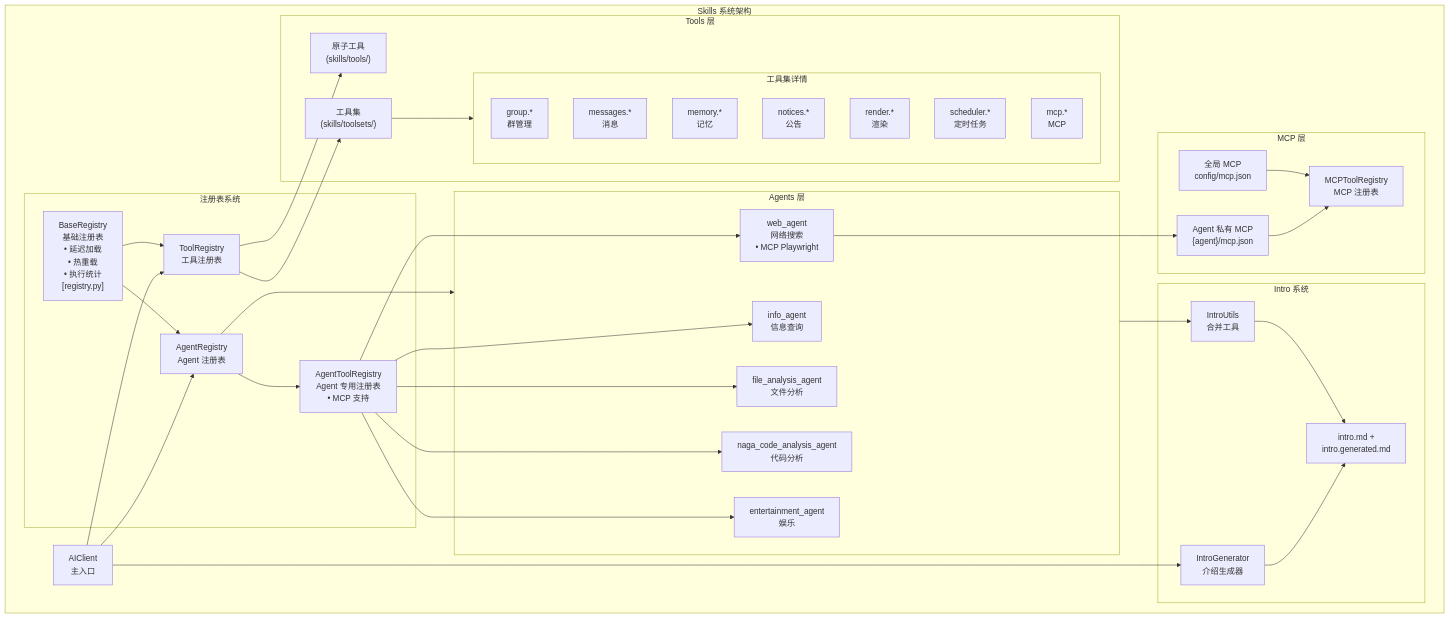
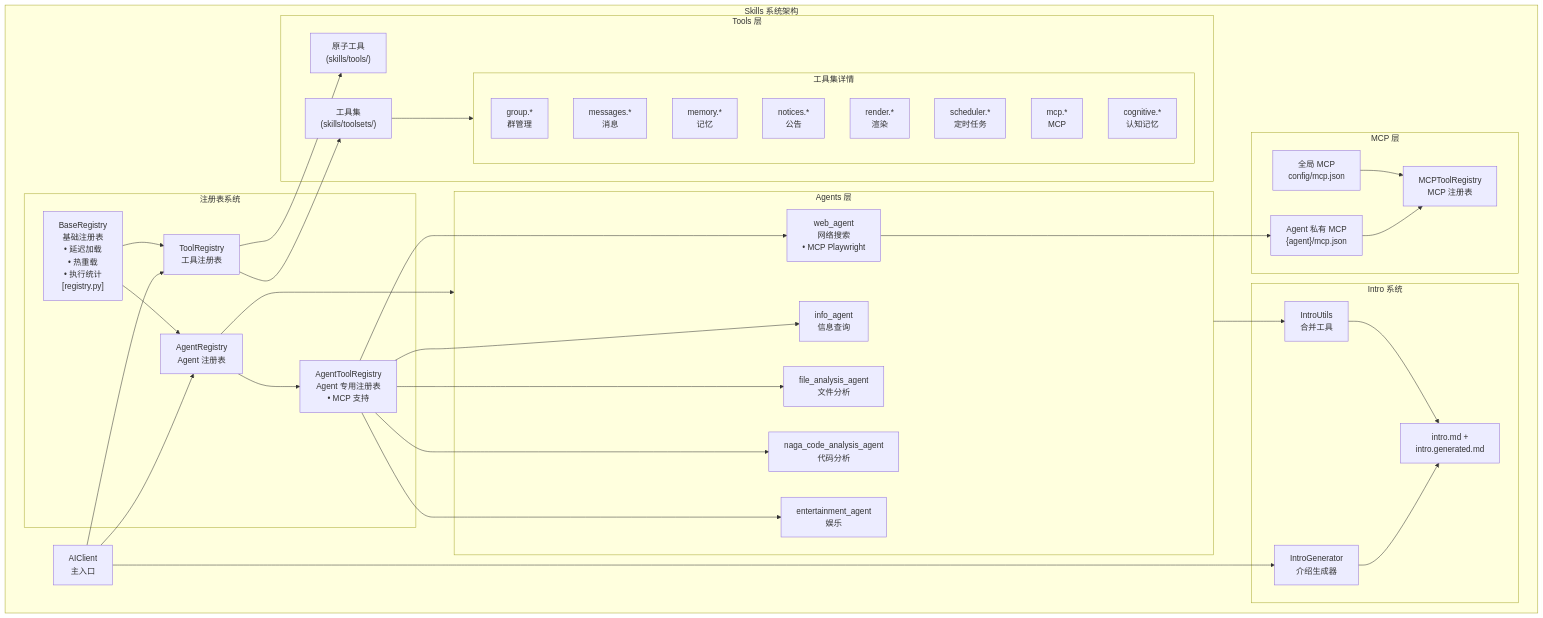
Before and after one commit to 69gg/Undefined: the third of 8 diagrams in ARCHITECTURE.md, drawn with Mermaid. The commit also changed other lines of this file and 29 other files, not shown here.

````diff
--- a/ARCHITECTURE.md
+++ b/ARCHITECTURE.md
@@ -394,75 +395,76 @@
 ```mermaid
 graph TB
     subgraph SkillsArchitecture["Skills 系统架构"]
         AIClient["AIClient<br/>主入口"]
         
         subgraph RegistrySystem["注册表系统"]
             BaseRegistry["BaseRegistry<br/>基础注册表<br/>• 延迟加载<br/>• 热重载<br/>• 执行统计<br/>[registry.py]"]
             ToolRegistry["ToolRegistry<br/>工具注册表"]
             AgentRegistry["AgentRegistry<br/>Agent 注册表"]
             AgentToolReg["AgentToolRegistry<br/>Agent 专用注册表<br/>• MCP 支持"]
         end
         
         subgraph ToolsLayer["Tools 层"]
             AtomicTools["原子工具<br/>(skills/tools/)"]
             Toolsets["工具集<br/>(skills/toolsets/)"]
             
             subgraph ToolsetsDetail["工具集详情"]
                 TGroup["group.*<br/>群管理"]
                 TMsg["messages.*<br/>消息"]
                 TMem["memory.*<br/>记忆"]
                 TNotice["notices.*<br/>公告"]
                 TRender["render.*<br/>渲染"]
                 TSched["scheduler.*<br/>定时任务"]
                 TMCP["mcp.*<br/>MCP"]
+                TCognitive["cognitive.*<br/>认知记忆"]
             end
         end
         
         subgraph AgentsLayer["Agents 层"]
             InfoAgent["info_agent<br/>信息查询"]
             WebAgent["web_agent<br/>网络搜索<br/>• MCP Playwright"]
             FileAgent["file_analysis_agent<br/>文件分析"]
             NagaAgent["naga_code_analysis_agent<br/>代码分析"]
             EntAgent["entertainment_agent<br/>娱乐"]
         end
         
         subgraph IntroSystem["Intro 系统"]
             IntroGen["IntroGenerator<br/>介绍生成器"]
             IntroUtils["IntroUtils<br/>合并工具"]
             IntroFiles["intro.md +<br/>intro.generated.md"]
         end
         
         subgraph MCPLayer["MCP 层"]
             MCPReg["MCPToolRegistry<br/>MCP 注册表"]
             MCPGlobal["全局 MCP<br/>config/mcp.json"]
             MCPAgent["Agent 私有 MCP<br/>{agent}/mcp.json"]
         end
     end
     
     %% 连接
     AIClient --> ToolRegistry
     AIClient --> AgentRegistry
     AIClient --> IntroGen
     
     BaseRegistry --> ToolRegistry
     BaseRegistry --> AgentRegistry
     ToolRegistry --> AtomicTools
     ToolRegistry --> Toolsets
     Toolsets --> ToolsetsDetail
     AgentRegistry --> AgentsLayer
     
     AgentRegistry --> AgentToolReg
     AgentToolReg --> InfoAgent
     AgentToolReg --> WebAgent
     AgentToolReg --> FileAgent
     AgentToolReg --> NagaAgent
     AgentToolReg --> EntAgent
     
     WebAgent --> MCPAgent
     MCPAgent --> MCPReg
     MCPGlobal --> MCPReg
     
     IntroGen --> IntroFiles
     IntroUtils --> IntroFiles
     AgentsLayer --> IntroUtils
 ```
````
